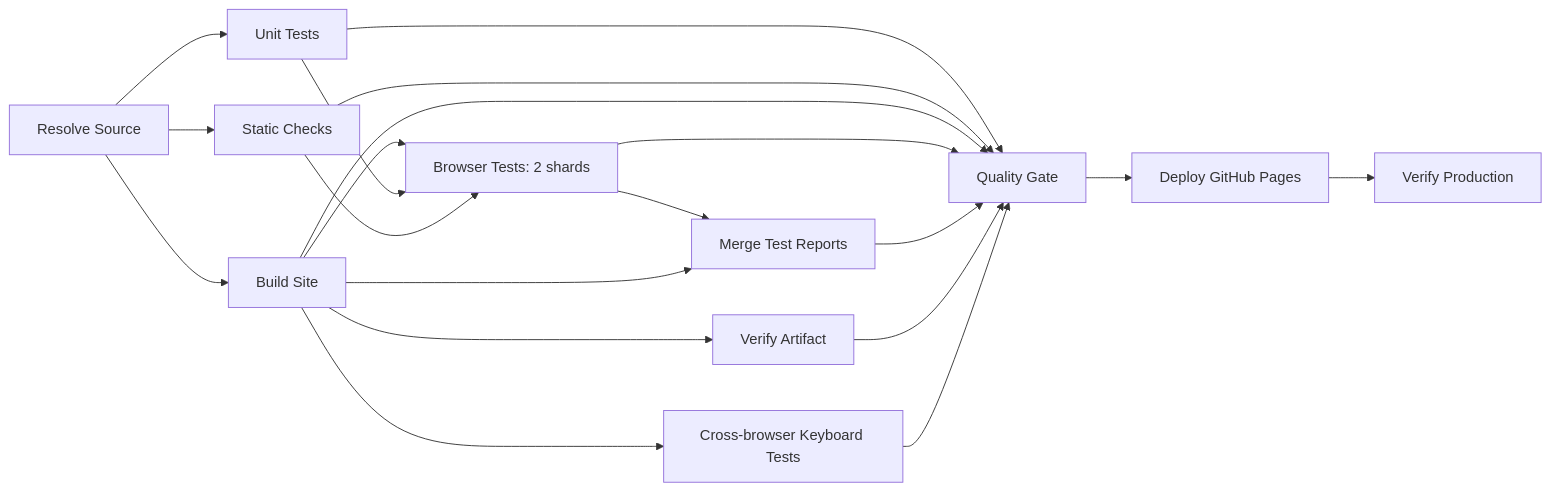
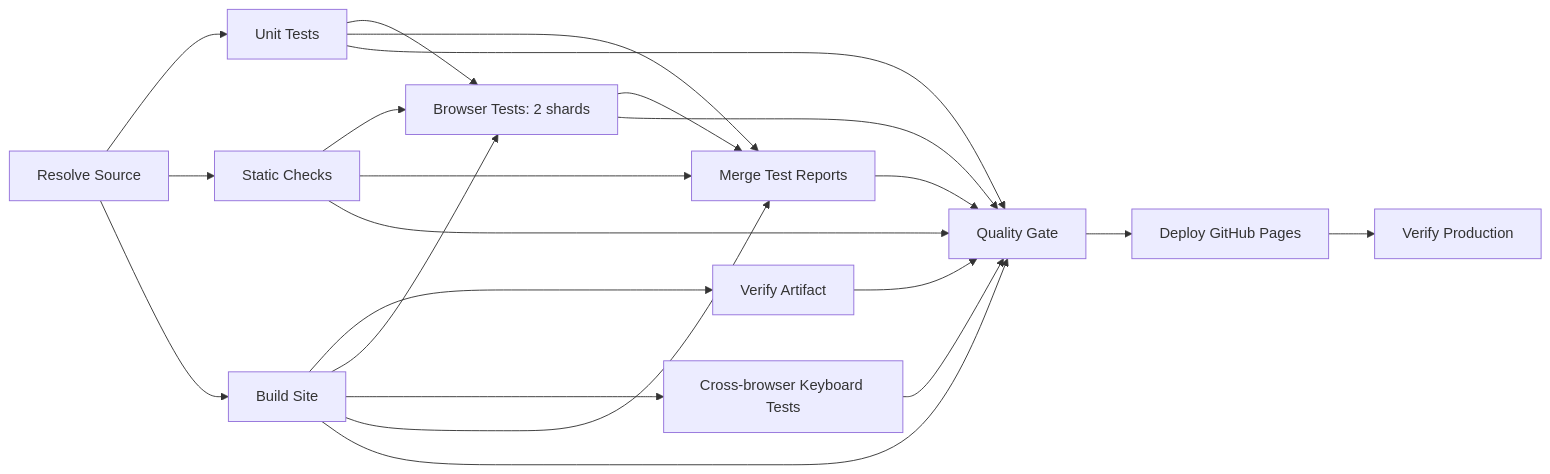
Before and after one commit to ferhattufekci/ferhattufekci.github.io: the diagram in docs/CI-CD.md, drawn with Mermaid. The commit also changed other lines of this file and 4 other files, not shown here.

````diff
--- a/docs/CI-CD.md
+++ b/docs/CI-CD.md
@@ -7,22 +7,24 @@
 ```mermaid
 flowchart LR
   S[Resolve Source] --> U[Unit Tests]
   S --> C[Static Checks]
   S --> B[Build Site]
   B --> V[Verify Artifact]
   B --> T[Browser Tests: 2 shards]
   B --> K[Cross-browser Keyboard Tests]
   U --> T
   C --> T
   T --> M[Merge Test Reports]
   B --> M
+  U --> M
+  C --> M
   U --> G[Quality Gate]
   C --> G
   B --> G
   T --> G
   M --> G
   V --> G
   K --> G
   G --> D[Deploy GitHub Pages]
   D --> P[Verify Production]
 ```
````
